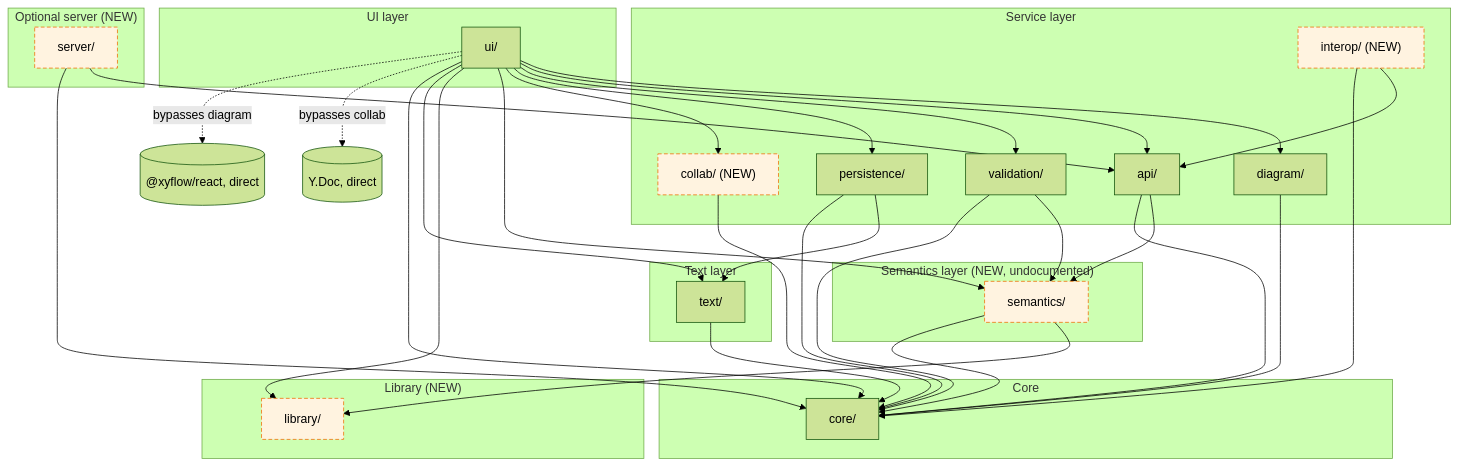
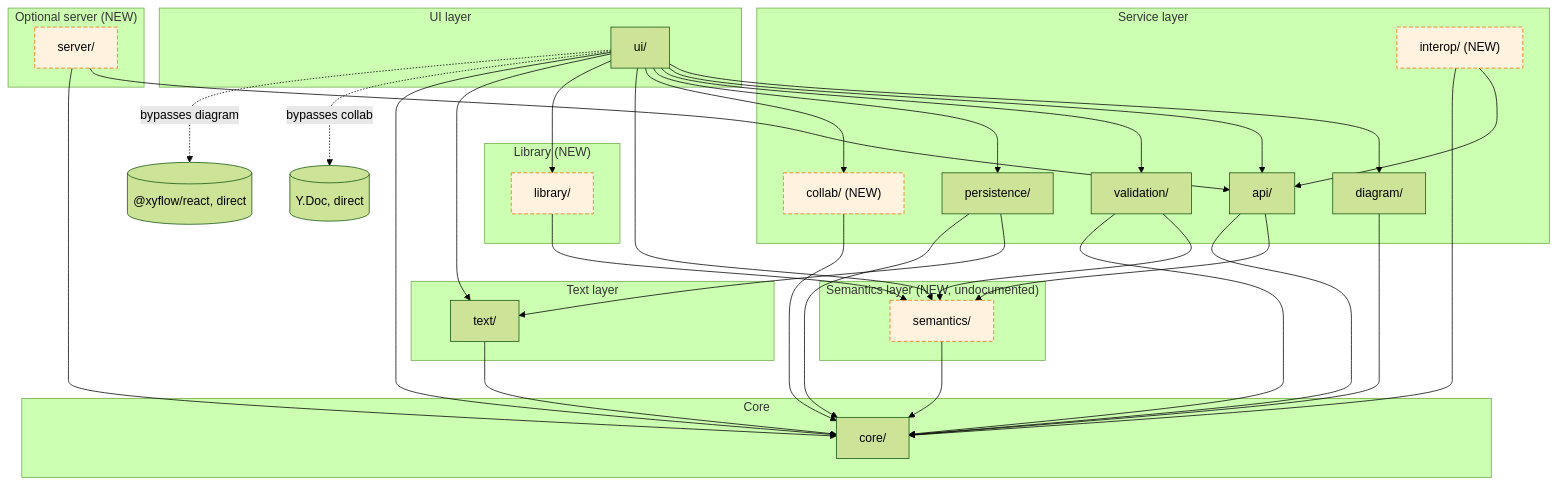
One commit to cosmindxu/sysprose changed the second of 2 diagrams in docs/architecture/04-dependency-graph.md. Above: the diagram before and after it, drawn with Mermaid (forest theme). The commit also changed other lines of this file and 19 other files, not shown here.

````diff
--- a/docs/architecture/04-dependency-graph.md
+++ b/docs/architecture/04-dependency-graph.md
@@ -50,60 +50,60 @@
 ```mermaid
 flowchart TB
     subgraph L4["UI layer"]
         ui["ui/"]
     end
     subgraph L3["Service layer"]
         diagram["diagram/"]
         api["api/"]
         validation["validation/"]
         persistence["persistence/"]
         collab["collab/ (NEW)"]
         interop["interop/ (NEW)"]
     end
     subgraph L2b["Semantics layer (NEW, undocumented)"]
         semantics["semantics/"]
     end
     subgraph L2["Text layer"]
         text["text/"]
     end
     subgraph Llib["Library (NEW)"]
         library["library/"]
     end
     subgraph L1["Core"]
         core["core/"]
     end
     subgraph Lsrv["Optional server (NEW)"]
         server["server/"]
     end
 
     ui --> diagram
     ui --> api
     ui --> validation
     ui --> persistence
     ui --> collab
     ui --> semantics
     ui --> library
     ui --> text
     ui --> core
     ui -. "bypasses collab" .-> yjs[("Y.Doc, direct")]
     ui -. "bypasses diagram" .-> xyflow[("@xyflow/react, direct")]
 
     persistence --> text
     persistence --> core
     api --> semantics
     api --> core
     diagram --> core
     validation --> semantics
     validation --> core
-    semantics --> library
+    library --> semantics
     semantics --> core
     text --> core
     collab --> core
     interop --> api
     interop --> core
     server --> api
     server --> core
 
     classDef new fill:#fff3e0,stroke:#ef6c00,stroke-dasharray:5 3
     class semantics,library,collab,interop,server new
 ```
````
